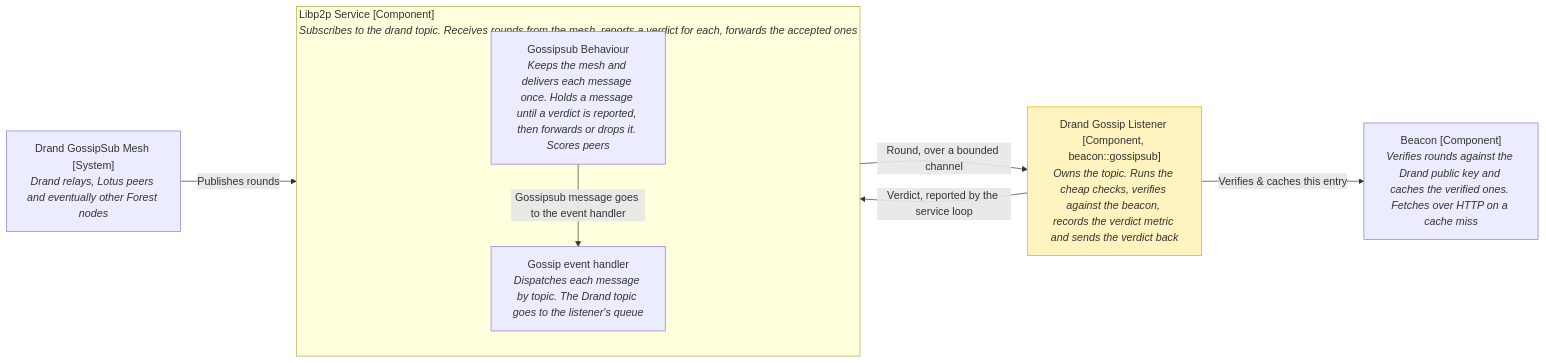
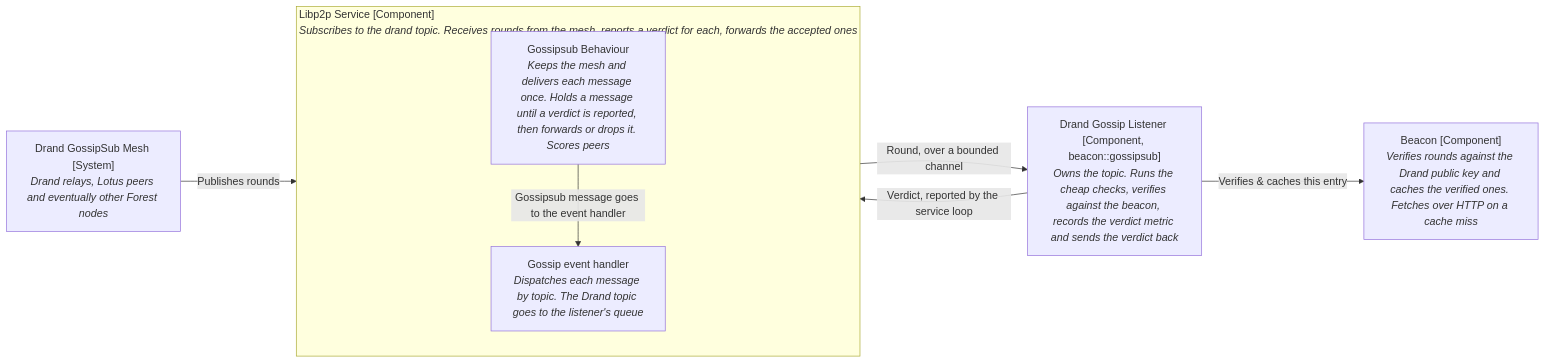
The third of 4 diagrams in docs/docs/developers/deep_dives/drand_gossipsub.md (ChainSafe/forest), drawn with Mermaid before and after one commit. The commit also changed other lines of this file, not shown here.

````diff
--- a/docs/docs/developers/deep_dives/drand_gossipsub.md
+++ b/docs/docs/developers/deep_dives/drand_gossipsub.md
@@ -58,21 +58,19 @@
 ```mermaid
 flowchart LR
   mesh["Drand GossipSub Mesh [System]<br><i>Drand relays, Lotus peers and eventually other Forest nodes</i>"]
   beacon["Beacon [Component]<br><i>Verifies rounds against the Drand public key and caches the verified ones. Fetches over HTTP on a cache miss</i>"]
 
   subgraph libp2p["Libp2p Service [Component]<br><i>Subscribes to the drand topic. Receives rounds from the mesh, reports a verdict for each, forwards the accepted ones</i>"]
     direction TB
     gs["Gossipsub Behaviour<br><i>Keeps the mesh and delivers each message once. Holds a message until a verdict is reported, then forwards or drops it. Scores peers</i>"]
     handler["Gossip event handler<br><i>Dispatches each message by topic. The Drand topic goes to the listener's queue</i>"]
     gs -- "Gossipsub message goes to the event handler" --> handler
   end
 
   listener["Drand Gossip Listener [Component, beacon::gossipsub]<br><i>Owns the topic. Runs the cheap checks, verifies against the beacon, records the verdict metric and sends the verdict back</i>"]
 
   mesh -- "Publishes rounds" --> gs
   handler -- "Round, over a bounded channel" --> listener
   listener -- "Verdict, reported by the service loop" --> gs
   listener -- "Verifies & caches this entry" --> beacon
-
-  style listener fill:#fff3bf,stroke:#f0a500
 ```
````
